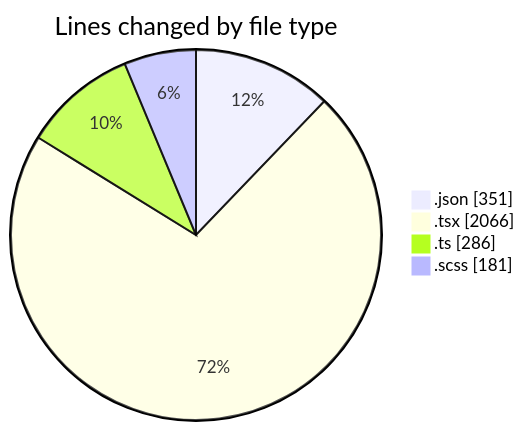
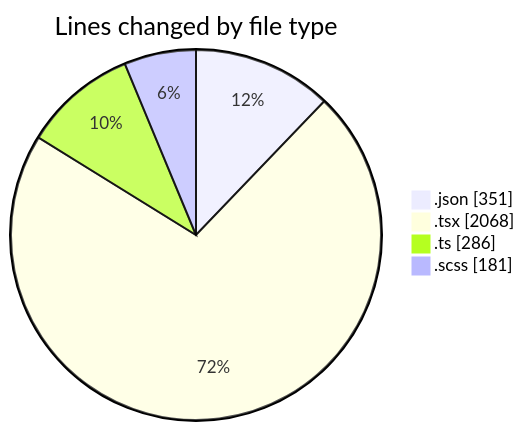
The first of 2 diagrams in 2026-04-22/cda/README.md (momahboobian/code-tracking), drawn with Mermaid before and after one commit. The commit also changed other lines of this file and 1 other file, not shown here.

````diff
--- a/2026-04-22/cda/README.md
+++ b/2026-04-22/cda/README.md
@@ -41,8 +41,8 @@
 ```mermaid
 pie showData
 title Lines changed by file type
 ".json" : 351
-".tsx" : 2066
+".tsx" : 2068
 ".ts" : 286
 ".scss" : 181
 ```
````
